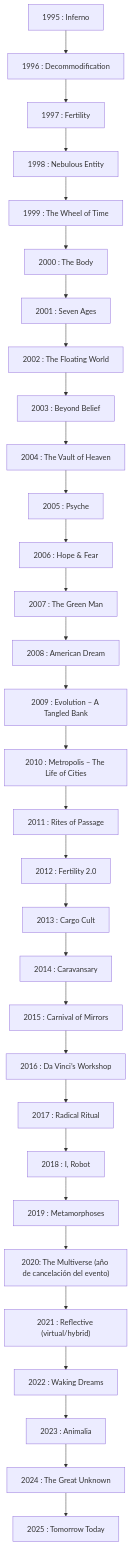
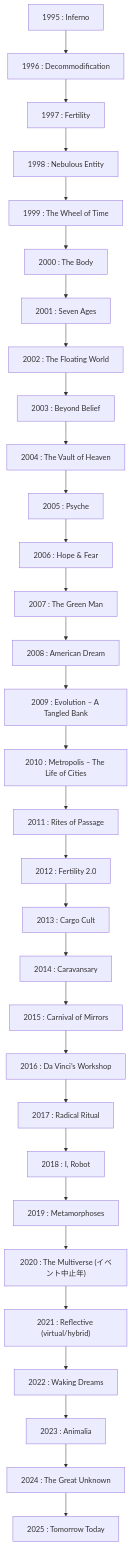
Before and after one commit to monumental-movement/monumental-movement.github.io: the diagram in es/_posts/2025-09-28-Column-Burningman.md, drawn with Mermaid. The commit also changed other lines of this file and 299 other files, not shown here.

```diff
--- a/es/_posts/2025-09-28-Column-Burningman.md
+++ b/es/_posts/2025-09-28-Column-Burningman.md
@@ -123,34 +123,34 @@
 <div class="mermaid">
 flowchart TD
     A1995["1995 : Inferno"] --> A1996["1996 : Decommodification"]
     A1996 --> A1997["1997 : Fertility"]
     A1997 --> A1998["1998 : Nebulous Entity"]
     A1998 --> A1999["1999 : The Wheel of Time"]
     A1999 --> A2000["2000 : The Body"]
     A2000 --> A2001["2001 : Seven Ages"]
     A2001 --> A2002["2002 : The Floating World"]
     A2002 --> A2003["2003 : Beyond Belief"]
     A2003 --> A2004["2004 : The Vault of Heaven"]
     A2004 --> A2005["2005 : Psyche"]
     A2005 --> A2006["2006 : Hope & Fear"]
     A2006 --> A2007["2007 : The Green Man"]
     A2007 --> A2008["2008 : American Dream"]
     A2008 --> A2009["2009 : Evolution – A Tangled Bank"]
     A2009 --> A2010["2010 : Metropolis – The Life of Cities"]
     A2010 --> A2011["2011 : Rites of Passage"]
     A2011 --> A2012["2012 : Fertility 2.0"]
     A2012 --> A2013["2013 : Cargo Cult"]
     A2013 --> A2014["2014 : Caravansary"]
     A2014 --> A2015["2015 : Carnival of Mirrors"]
     A2015 --> A2016["2016 : Da Vinci’s Workshop"]
     A2016 --> A2017["2017 : Radical Ritual"]
     A2017 --> A2018["2018 : I, Robot"]
     A2018 --> A2019["2019 : Metamorphoses"]
-    A2019 --> A2020["2020: The Multiverse (año de cancelación del evento)"]
+    A2019 --> A2020["2020 : The Multiverse (イベント中止年)"]
     A2020 --> A2021["2021 : Reflective (virtual/hybrid)"]
     A2021 --> A2022["2022 : Waking Dreams"]
     A2022 --> A2023["2023 : Animalia"]
     A2023 --> A2024["2024 : The Great Unknown"]
     A2024 --> A2025["2025 : Tomorrow Today"]
 
 </div>
```
